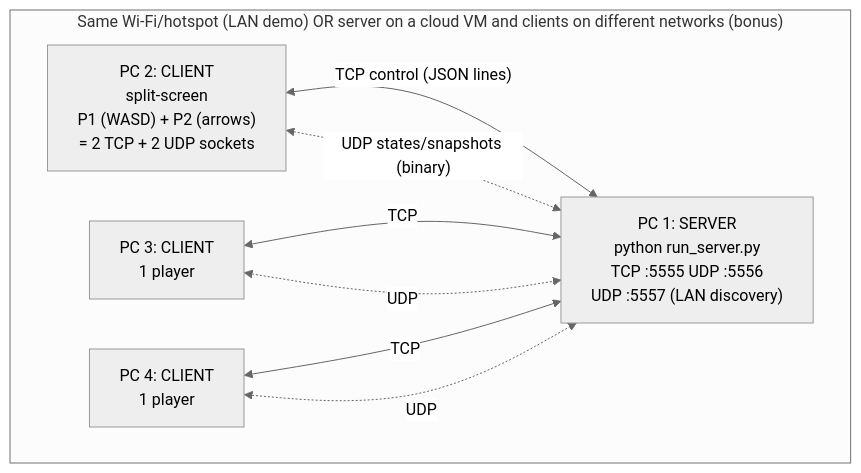
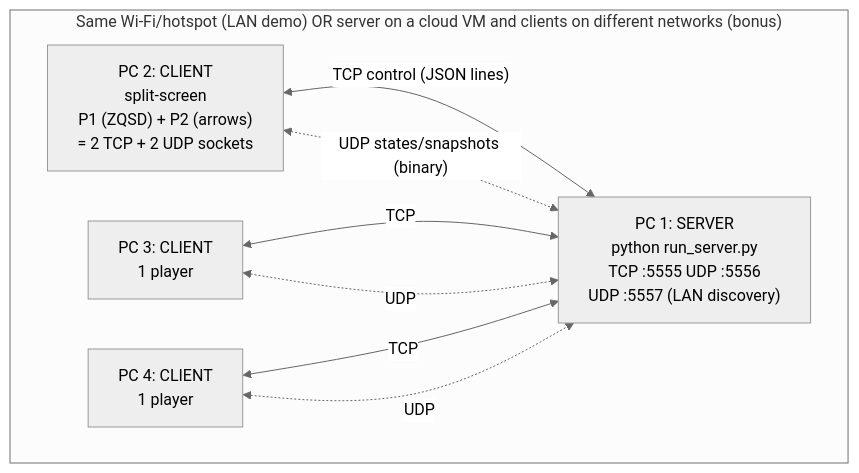
The first of 10 diagrams in docs/ARCHITECTURE.md (BachaBey/Racing-Karts), drawn with Mermaid (neutral theme) before and after one commit. The commit also changed 5 other files, not shown here.

Commit message:
AZERTY controls: ZQSD for player 1 (WASD still accepted)

````diff
--- a/docs/ARCHITECTURE.md
+++ b/docs/ARCHITECTURE.md
@@ -13,16 +13,16 @@
 ```mermaid
 flowchart LR
     subgraph NET["Same Wi-Fi/hotspot (LAN demo)  OR  server on a cloud VM and clients on different networks (bonus)"]
     direction LR
         S["PC 1: SERVER<br/>python run_server.py<br/>TCP :5555  UDP :5556<br/>UDP :5557 (LAN discovery)"]
-        A["PC 2: CLIENT<br/>split-screen<br/>P1 (WASD) + P2 (arrows)<br/>= 2 TCP + 2 UDP sockets"]
+        A["PC 2: CLIENT<br/>split-screen<br/>P1 (ZQSD) + P2 (arrows)<br/>= 2 TCP + 2 UDP sockets"]
         B["PC 3: CLIENT<br/>1 player"]
         C["PC 4: CLIENT<br/>1 player"]
     end
     A <-- "TCP control (JSON lines)" --> S
     A <-. "UDP states/snapshots (binary)" .-> S
     B <-- TCP --> S
     B <-. UDP .-> S
     C <-- TCP --> S
     C <-. UDP .-> S
 ```
````
